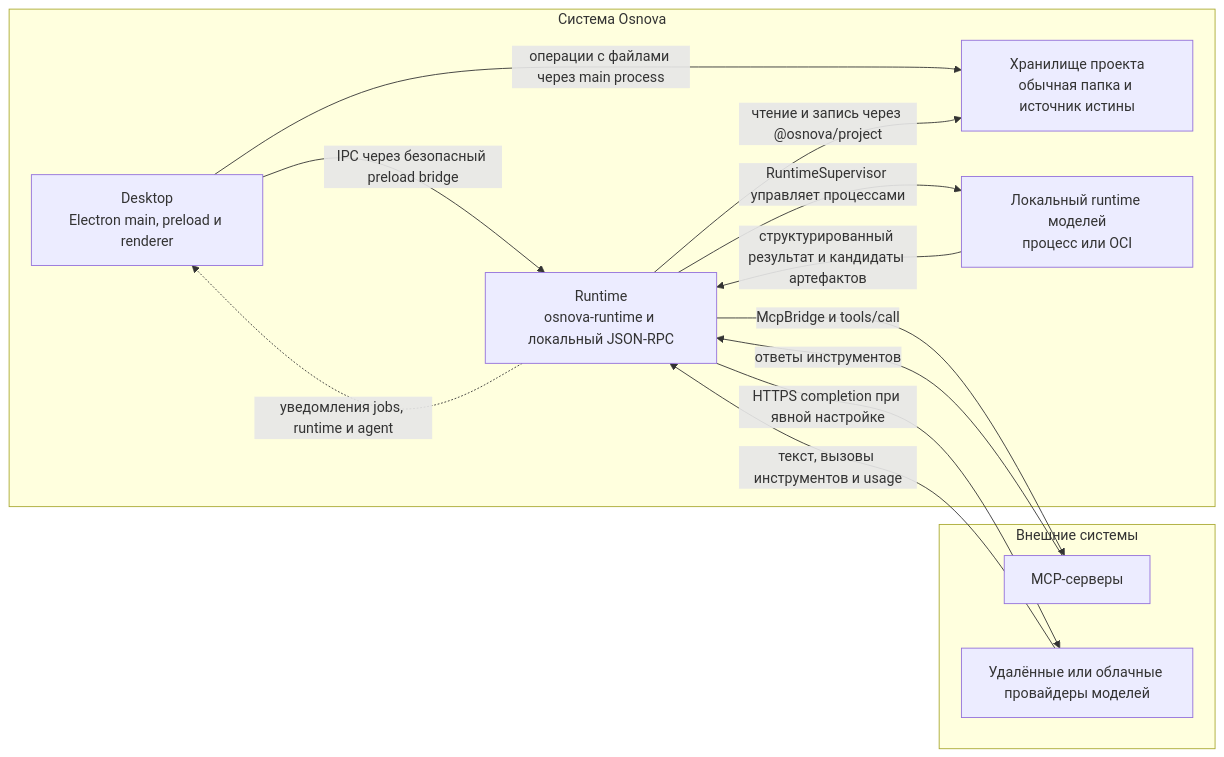
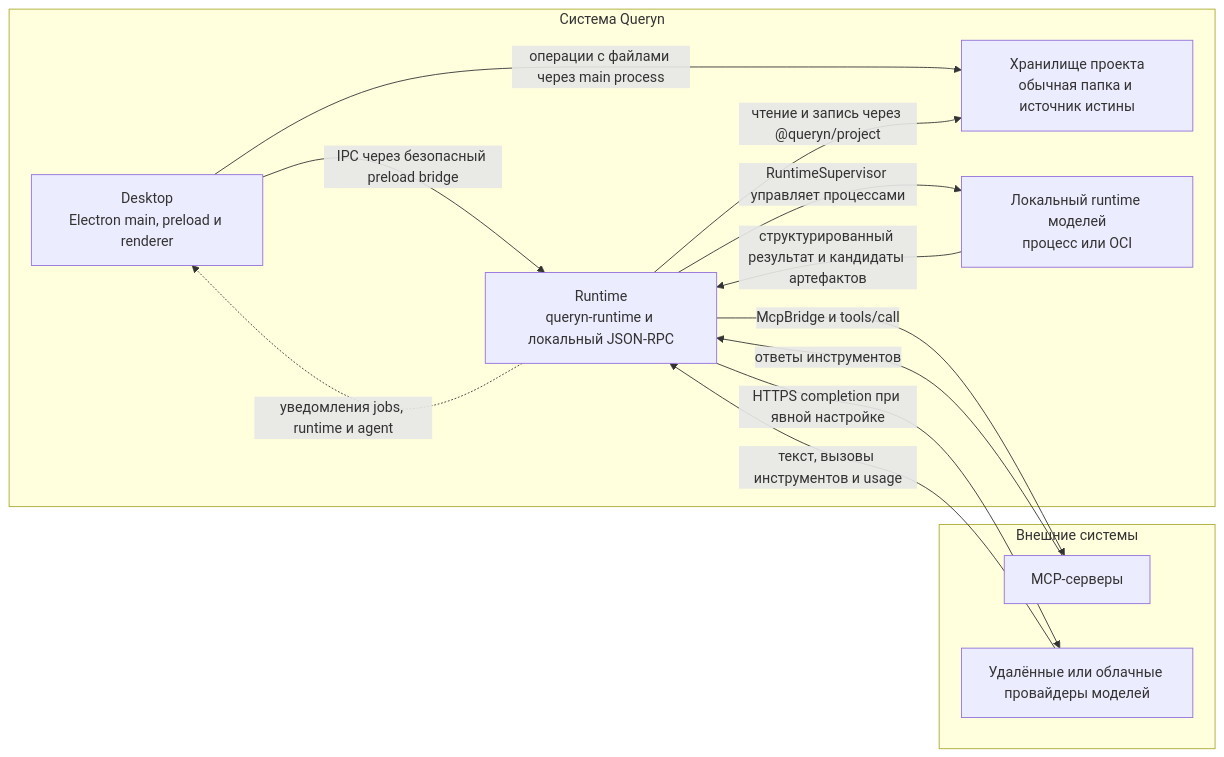
One commit to Queryn-labs/queryn-docs changed the second of 5 diagrams in docs/architecture/system.md. Above: the diagram before and after it, drawn with Mermaid. The commit also changed other lines of this file and 48 other files, not shown here.

````diff
--- a/docs/architecture/system.md
+++ b/docs/architecture/system.md
@@ -58,25 +58,25 @@
 ```mermaid
 flowchart LR
-  subgraph OsnovaSystem["Система Osnova"]
+  subgraph QuerynSystem["Система Queryn"]
     Desktop["Desktop<br/>Electron main, preload и renderer"]
-    Runtime["Runtime<br/>osnova-runtime и локальный JSON-RPC"]
+    Runtime["Runtime<br/>queryn-runtime и локальный JSON-RPC"]
     ProjectStorage["Хранилище проекта<br/>обычная папка и источник истины"]
     LocalModelRuntime["Локальный runtime моделей<br/>процесс или OCI"]
   end
 
   subgraph ExternalSystems["Внешние системы"]
     MCPServers["MCP-серверы"]
     RemoteModelProviders["Удалённые или облачные провайдеры моделей"]
   end
 
   Desktop -->|IPC через безопасный preload bridge| Runtime
   Runtime -.->|уведомления jobs, runtime и agent| Desktop
   Desktop -->|операции с файлами через main process| ProjectStorage
-  Runtime -->|чтение и запись через @osnova/project| ProjectStorage
+  Runtime -->|чтение и запись через @queryn/project| ProjectStorage
   Runtime -->|RuntimeSupervisor управляет процессами| LocalModelRuntime
   LocalModelRuntime -->|структурированный результат и кандидаты артефактов| Runtime
   Runtime -->|McpBridge и tools/call| MCPServers
   MCPServers -->|ответы инструментов| Runtime
   Runtime -->|HTTPS completion при явной настройке| RemoteModelProviders
   RemoteModelProviders -->|текст, вызовы инструментов и usage| Runtime
 ```
````
